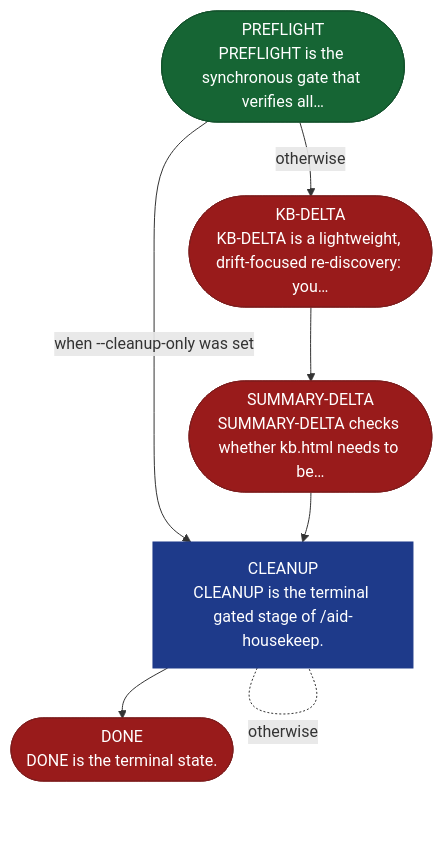
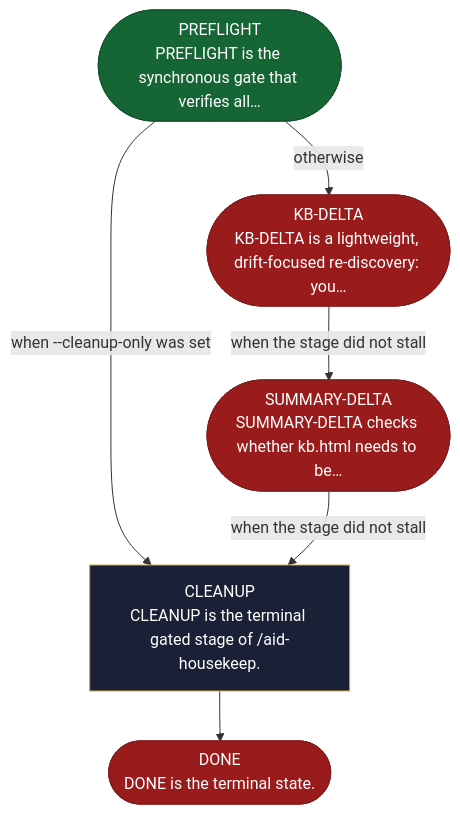
One commit to AndreVianna/aid-methodology changed the diagram in site/src/content/docs/skills/aid-housekeep.md. Above: the diagram before and after it, drawn with Mermaid. The commit also changed other lines of this file and 258 other files, not shown here.

````diff
--- a/site/src/content/docs/skills/aid-housekeep.md
+++ b/site/src/content/docs/skills/aid-housekeep.md
@@ -20,30 +20,29 @@
 ```mermaid
 flowchart TB
   classDef aidNode color:#fff
   classDef aidEntry fill:#166534,stroke:#14532d,color:#fff
   classDef aidExit fill:#991b1b,stroke:#7f1d1d,color:#fff
   classDef aidDecision fill:#92400e,stroke:#78350f,color:#fff
   classDef aidLoopBack fill:#1e3a8a,stroke:#1e3a8a,color:#fff
   classDef aidStep fill:#1a2035,stroke:#d4a853,color:#f1f5f9
   n1(["PREFLIGHT<br/>PREFLIGHT is the synchronous gate that verifies all…"])
   n2(["KB-DELTA<br/>KB-DELTA is a lightweight, drift-focused re-discovery: you…"])
   n3(["SUMMARY-DELTA<br/>SUMMARY-DELTA checks whether kb.html needs to be…"])
   n4["CLEANUP<br/>CLEANUP is the terminal gated stage of /aid-housekeep."]
   n5(["DONE<br/>DONE is the terminal state."])
   n1 -->|"otherwise"| n2
   n1 -->|"when --cleanup-only was set"| n4
-  n2 --> n3
-  n3 --> n4
-  n4 -. "otherwise" .- n4
+  n2 -->|"when the stage did not stall"| n3
+  n3 -->|"when the stage did not stall"| n4
   n4 --> n5
   class n1 aidEntry
   class n2 aidExit
   class n3 aidExit
-  class n4 aidLoopBack
+  class n4 aidStep
   class n5 aidExit
   class n1 aidNode
   class n2 aidNode
   class n3 aidNode
   class n4 aidNode
   class n5 aidNode
 ```
````
